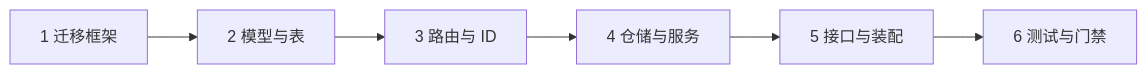
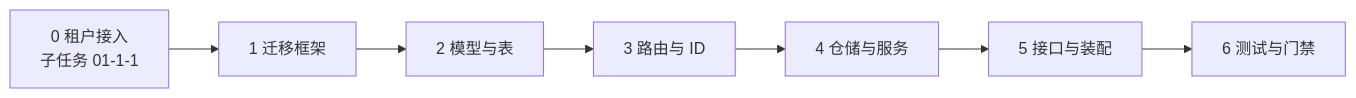
Before and after one commit to minjian123/message-platform: the diagram in msg文档/项目/08B_消息平台/任务/01_消息模型与投递/01_消息模型与投递_01_主题与分区模型/设计/01_详细设计_01_主题与分区模型.md, drawn with Mermaid. The commit also changed other lines of this file and 3 other files, not shown here.

````diff
--- a/msg文档/项目/08B_消息平台/任务/01_消息模型与投递/01_消息模型与投递_01_主题与分区模型/设计/01_详细设计_01_主题与分区模型.md
+++ b/msg文档/项目/08B_消息平台/任务/01_消息模型与投递/01_消息模型与投递_01_主题与分区模型/设计/01_详细设计_01_主题与分区模型.md
@@ -319,8 +321,9 @@
 ```mermaid
 flowchart LR
-    S1["1 迁移框架"] --> S2["2 模型与表"]
+    S0["0 租户接入<br/>子任务 01-1-1"] --> S1["1 迁移框架"]
+    S1 --> S2["2 模型与表"]
     S2 --> S3["3 路由与 ID"]
     S3 --> S4["4 仓储与服务"]
     S4 --> S5["5 接口与装配"]
     S5 --> S6["6 测试与门禁"]
 ```
````
